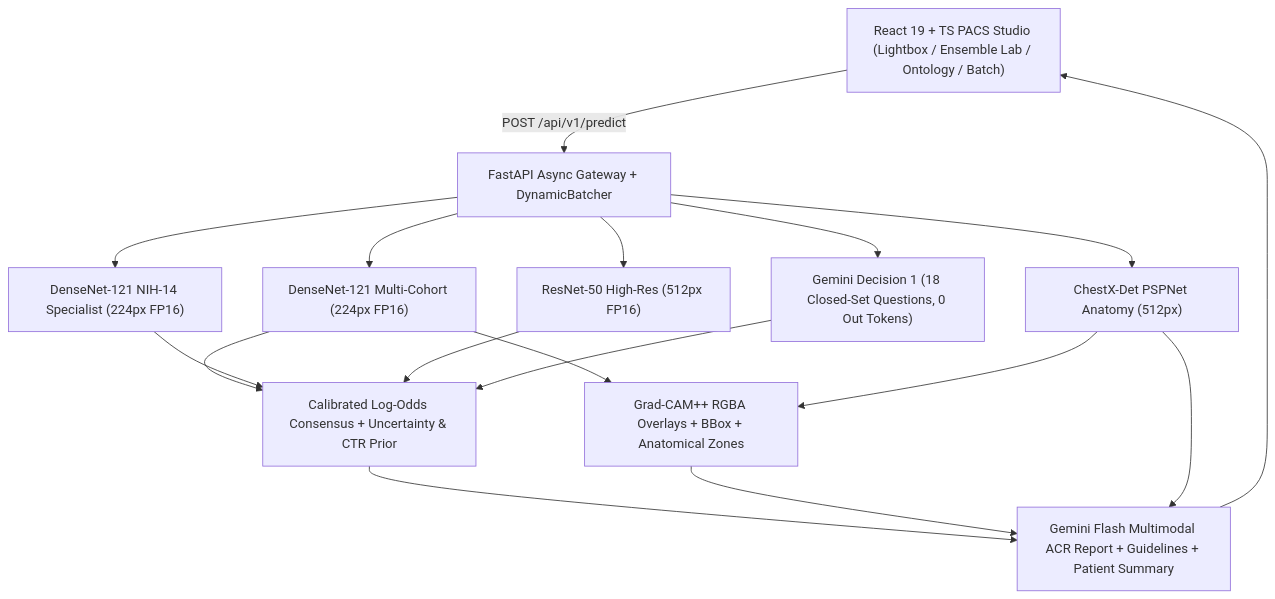
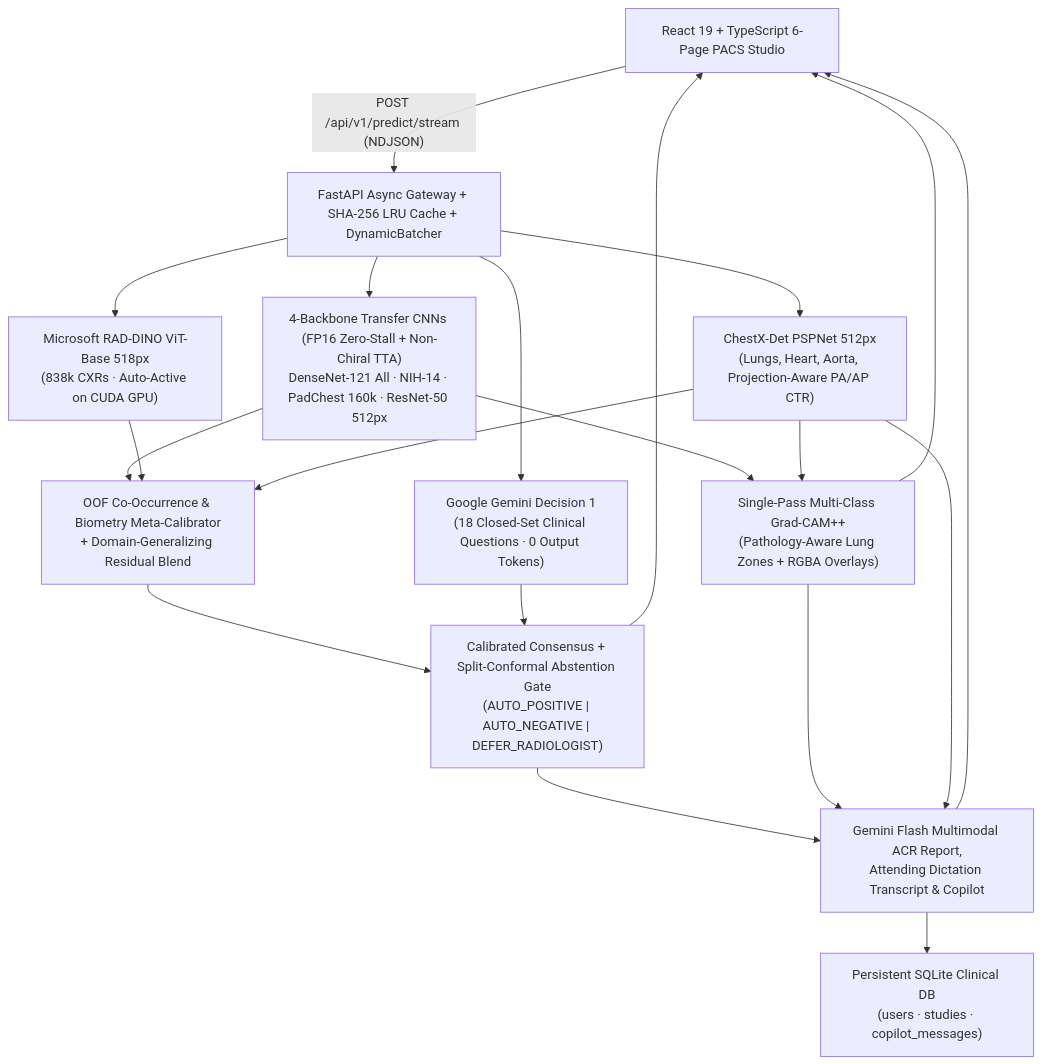
One commit to smit45-m/Chest-Radiograph-Diagnostic-AI-Enhancement changed the diagram in README.md. Above: the diagram before and after it, drawn with Mermaid. The commit also changed other lines of this file, not shown here.

Commit message:
docs: update README.md to v10.0 with live website URL, benchmarks & architecture

````diff
--- a/README.md
+++ b/README.md
@@ -30,14 +44,17 @@
 ```mermaid
 flowchart TD
-    UI["React 19 + TS PACS Studio (Lightbox / Ensemble Lab / Ontology / Batch)"] -->|POST /api/v1/predict| API["FastAPI Async Gateway + DynamicBatcher"]
-    API --> D1["DenseNet-121 Multi-Cohort (224px FP16)"]
-    API --> D2["DenseNet-121 NIH-14 Specialist (224px FP16)"]
-    API --> R50["ResNet-50 High-Res (512px FP16)"]
-    API --> PSP["ChestX-Det PSPNet Anatomy (512px)"]
-    API --> GD1["Gemini Decision 1 (18 Closed-Set Questions, 0 Out Tokens)"]
+    UI["React 19 + TypeScript 6-Page PACS Studio"] -->|"POST /api/v1/predict/stream (NDJSON)"| API["FastAPI Async Gateway + SHA-256 LRU Cache + DynamicBatcher"]
 
-    D1 & D2 & R50 & GD1 --> FUSE["Calibrated Log-Odds Consensus + Uncertainty & CTR Prior"]
-    D1 & PSP --> CAM["Grad-CAM++ RGBA Overlays + BBox + Anatomical Zones"]
-    FUSE & CAM & PSP --> REP["Gemini Flash Multimodal ACR Report + Guidelines + Patient Summary"]
-    REP --> UI
+    API --> CNN["4-Backbone Transfer CNNs (FP16 Zero-Stall + Non-Chiral TTA)\nDenseNet-121 All · NIH-14 · PadChest 160k · ResNet-50 512px"]
+    API --> RAD["Microsoft RAD-DINO ViT-Base 518px\n(838k CXRs · Auto-Active on CUDA GPU)"]
+    API --> PSP["ChestX-Det PSPNet 512px\n(Lungs, Heart, Aorta, Projection-Aware PA/AP CTR)"]
+    API --> GD1["Google Gemini Decision 1\n(18 Closed-Set Clinical Questions · 0 Output Tokens)"]
+
+    CNN & RAD & PSP --> META["OOF Co-Occurrence & Biometry Meta-Calibrator\n+ Domain-Generalizing Residual Blend"]
+    META & GD1 --> GATE["Calibrated Consensus + Split-Conformal Abstention Gate\n(AUTO_POSITIVE | AUTO_NEGATIVE | DEFER_RADIOLOGIST)"]
+    CNN & PSP --> CAM["Single-Pass Multi-Class Grad-CAM++\n(Pathology-Aware Lung Zones + RGBA Overlays)"]
+
+    GATE & CAM & PSP --> REP["Gemini Flash Multimodal ACR Report,\nAttending Dictation Transcript & Copilot"]
+    REP --> DB["Persistent SQLite Clinical DB\n(users · studies · copilot_messages)"]
+    GATE & CAM & REP --> UI
 ```
````
